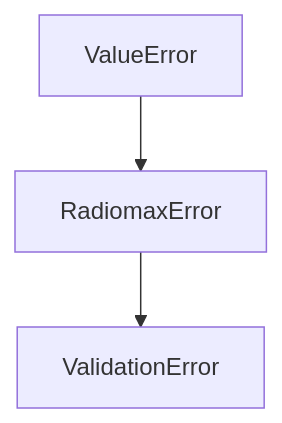
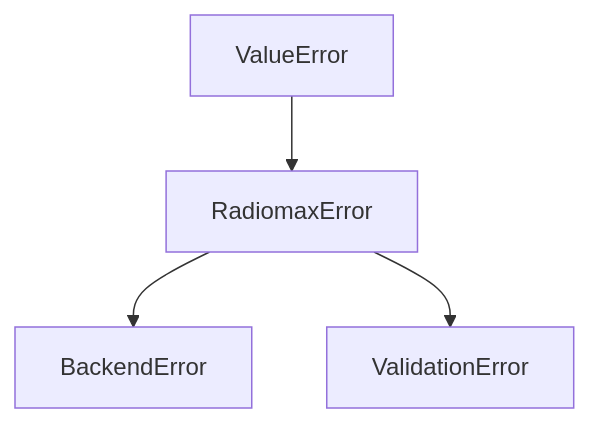
The diagram in docs/api/exceptions.md (jejjohnson/radiomax), drawn with Mermaid before and after one commit. The commit also changed 14 other files, not shown here.

````diff
--- a/docs/api/exceptions.md
+++ b/docs/api/exceptions.md
@@ -5,5 +5,6 @@
 ```mermaid
 graph TD
     V[ValueError] --> R[RadiomaxError]
+    R --> B[BackendError]
     R --> A[ValidationError]
 ```
````
